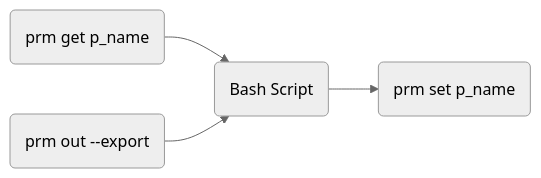
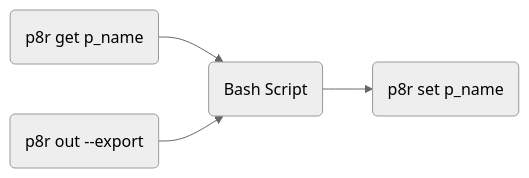
One commit to cdalar/parampiper changed the first of 3 diagrams in mermaid.md. Above: the diagram before and after it, drawn with Mermaid (neutral theme). The commit also changed other lines of this file and 8 other files, not shown here.

````diff
--- a/mermaid.md
+++ b/mermaid.md
@@ -2,10 +2,10 @@
 ```mermaid
 flowchart LR
 
-X(prm get p_name)--> A(Bash Script) -->B(prm set p_name)
-Y(prm out --export) --> A
+X(p8r get p_name)--> A(Bash Script) -->B(p8r set p_name)
+Y(p8r out --export) --> A
 %% B --> C{Decision}
 %% C -->|One| D[Result 1]
 %% C -->|Two| E[Result 2]
-%% X(prm get p_name <a href='http://google.com'>link</a>)--> A(Bash Script) -->B(prm set p_name)
+%% X(p8r get p_name <a href='http://google.com'>link</a>)--> A(Bash Script) -->B(p8r set p_name)
 ```
````
